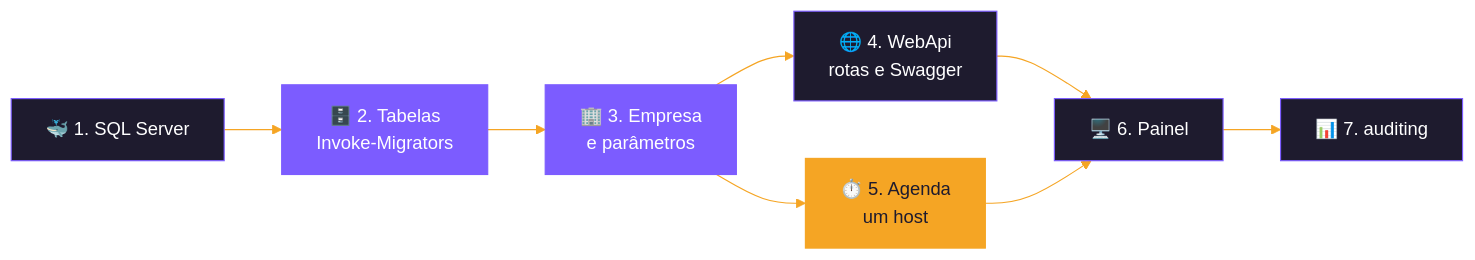
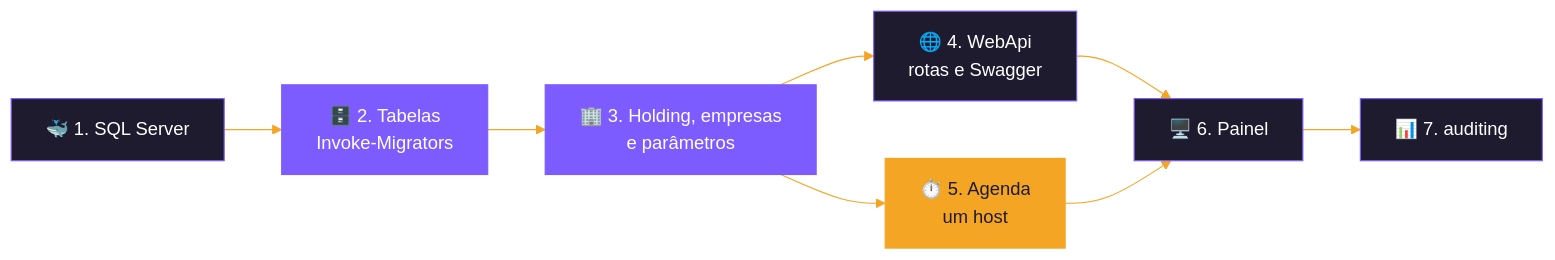
Before and after one commit to cayo-kume/extract-transform-load-integrations-system: the first of 2 diagrams in GUIA-DE-USO.md, drawn with Mermaid. The commit also changed other lines of this file and 121 other files, not shown here.

````diff
--- a/GUIA-DE-USO.md
+++ b/GUIA-DE-USO.md
@@ -39,16 +39,16 @@
 ```mermaid
 %%{init: {'theme':'base','themeVariables':{'primaryColor':'#1e1b2e','primaryTextColor':'#ffffff','primaryBorderColor':'#7c5cff','lineColor':'#f5a524','textColor':'#1e1b2e','clusterBkg':'#f5f3ff','clusterBorder':'#7c5cff','titleColor':'#1e1b2e','edgeLabelBackground':'#1e1b2e'}}}%%
 flowchart LR
     A["🐳 1. SQL Server"] --> B["🗄️ 2. Tabelas<br/>Invoke-Migrators"]
-    B --> C["🏢 3. Empresa<br/>e parâmetros"]
+    B --> C["🏢 3. Holding, empresas<br/>e parâmetros"]
     C --> D["🌐 4. WebApi<br/>rotas e Swagger"]
     C --> E["⏱️ 5. Agenda<br/>um host"]
     D --> F["🖥️ 6. Painel"]
     E --> F
     F --> G["📊 7. auditing"]
 
     classDef accent fill:#7c5cff,stroke:#7c5cff,color:#ffffff
     classDef warm fill:#f5a524,stroke:#f5a524,color:#1e1b2e
     class B,C accent
     class E warm
 ```
````
